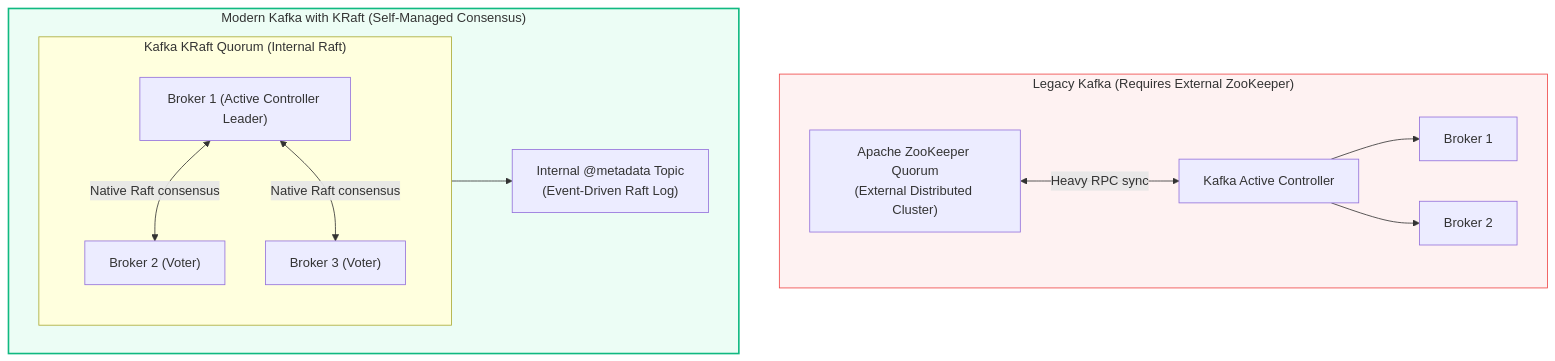
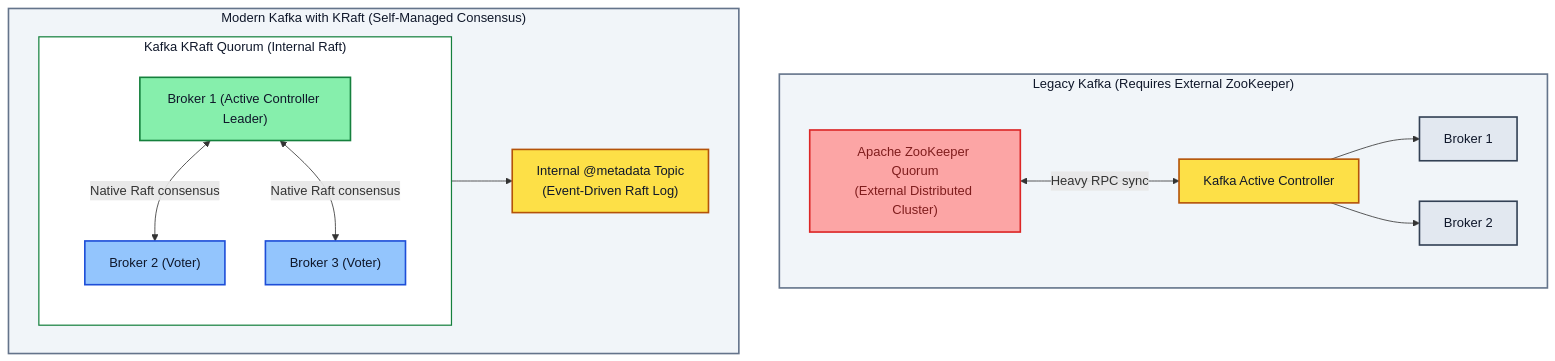
Before and after one commit to PandeyKishan/Study-Notes: the first of 4 diagrams in 03-Apache-Kafka/04-KRaft-Schema-Registry-and-Streams.md, drawn with Mermaid. The commit also changed other lines of this file and 22 other files, not shown here.

Commit message:
docs: enhance diagram visibility with high-contrast palette and add concise book definitions

````diff
--- a/03-Apache-Kafka/04-KRaft-Schema-Registry-and-Streams.md
+++ b/03-Apache-Kafka/04-KRaft-Schema-Registry-and-Streams.md
@@ -17,23 +17,32 @@
 ```mermaid
 flowchart TD
     subgraph Legacy["Legacy Kafka (Requires External ZooKeeper)"]
         ZK["Apache ZooKeeper Quorum\n(External Distributed Cluster)"] <-->|Heavy RPC sync| KC["Kafka Active Controller"]
         KC --> B1["Broker 1"]
         KC --> B2["Broker 2"]
     end
 
     subgraph Modern["Modern Kafka with KRaft (Self-Managed Consensus)"]
         subgraph KRaft_Nodes["Kafka KRaft Quorum (Internal Raft)"]
             C1["Broker 1 (Active Controller Leader)"]
             C2["Broker 2 (Voter)"]
             C3["Broker 3 (Voter)"]
             C1 <-->|Native Raft consensus| C2
             C1 <-->|Native Raft consensus| C3
         end
         Meta["Internal @metadata Topic\n(Event-Driven Raft Log)"]
         KRaft_Nodes --> Meta
     end
 
-    style Legacy fill:#fef2f2,stroke:#ef4444,stroke-width:1px
-    style Modern fill:#ecfdf5,stroke:#10b981,stroke-width:2px
+    style Legacy fill:#f1f5f9,stroke:#64748b,stroke-width:2px,color:#0f172a
+    style Modern fill:#f1f5f9,stroke:#64748b,stroke-width:2px,color:#0f172a
+    style KRaft_Nodes fill:#ffffff,stroke:#15803d,stroke-width:1.5px,color:#0f172a
+    style ZK fill:#fca5a5,stroke:#dc2626,stroke-width:2px,color:#7f1d1d
+    style KC fill:#fde047,stroke:#b45309,stroke-width:2px,color:#0f172a
+    style B1 fill:#e2e8f0,stroke:#334155,stroke-width:2px,color:#0f172a
+    style B2 fill:#e2e8f0,stroke:#334155,stroke-width:2px,color:#0f172a
+    style C1 fill:#86efac,stroke:#15803d,stroke-width:2px,color:#0f172a
+    style C2 fill:#93c5fd,stroke:#1d4ed8,stroke-width:2px,color:#0f172a
+    style C3 fill:#93c5fd,stroke:#1d4ed8,stroke-width:2px,color:#0f172a
+    style Meta fill:#fde047,stroke:#b45309,stroke-width:2px,color:#0f172a
 ```
````
